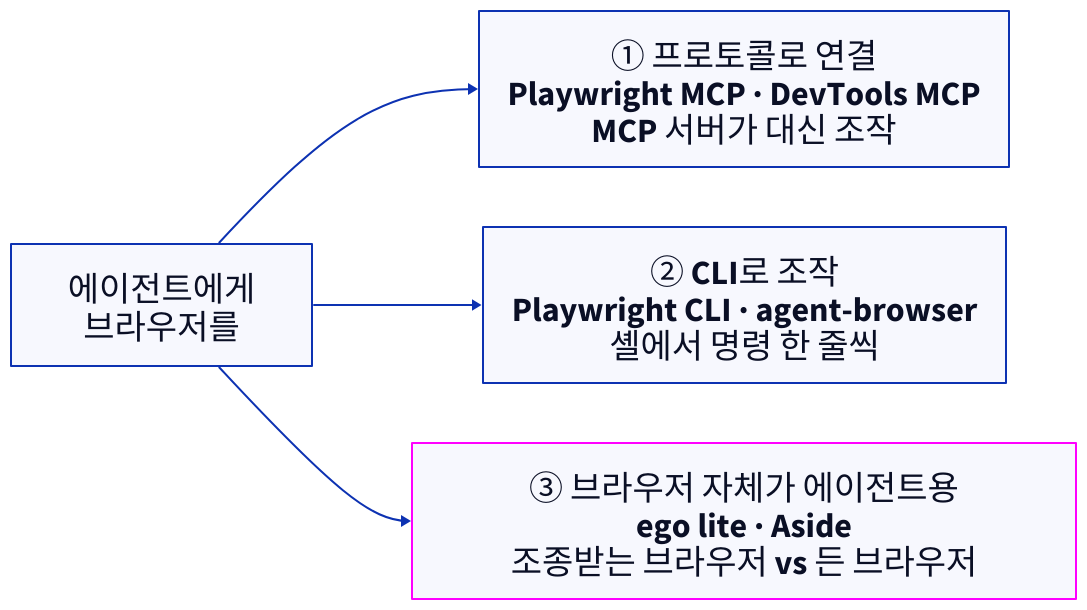
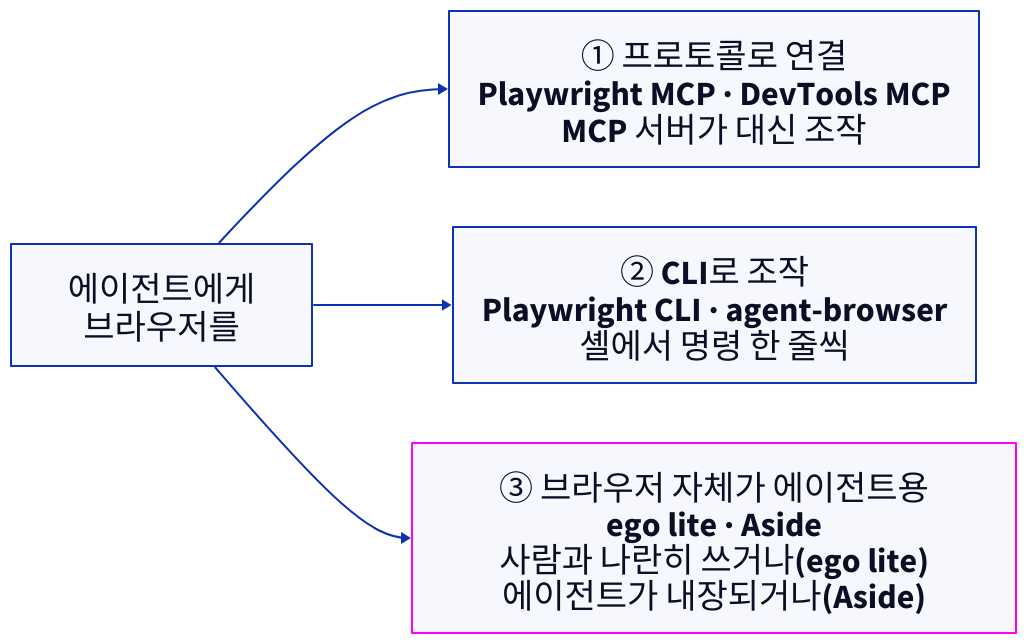
One commit to TheMagicTower/korean-ai-dev-course changed the diagram in kangnam-agentic/diagrams/src/p10-agent-browsers.d2. Above: the diagram before and after it, drawn with D2. The commit also changed 5 other files, not shown here.

```diff
--- a/kangnam-agentic/diagrams/src/p10-agent-browsers.d2
+++ b/kangnam-agentic/diagrams/src/p10-agent-browsers.d2
@@ -1,13 +1,13 @@
 direction: right
 q: "에이전트에게\n브라우저를"
 p1: "① 프로토콜로 연결\nPlaywright MCP · DevTools MCP\nMCP 서버가 대신 조작"
 p2: "② CLI로 조작\nPlaywright CLI · agent-browser\n셸에서 명령 한 줄씩"
-p3: "③ 브라우저 자체가 에이전트용\nego lite · Aside\n조종받는 브라우저 vs 든 브라우저" {
+p3: "③ 브라우저 자체가 에이전트용\nego lite · Aside\n사람과 나란히 쓰거나(ego lite)\n에이전트가 내장되거나(Aside)" {
   style.stroke: "#ff00ff"
 }
 q -> p1
 q -> p2
 q -> p3
 
 **.style.font-size: 34
 (** -> **)[*].style.font-size: 26
```
